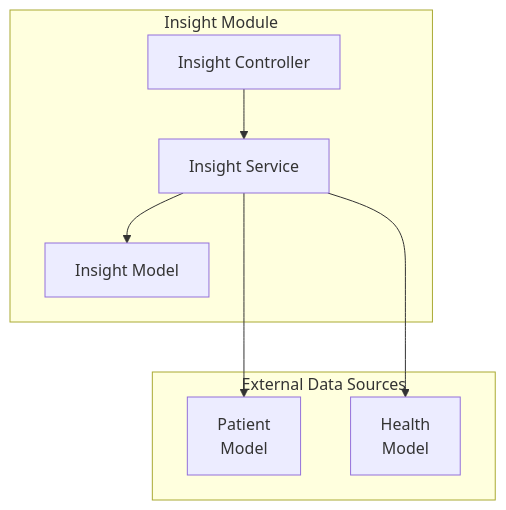
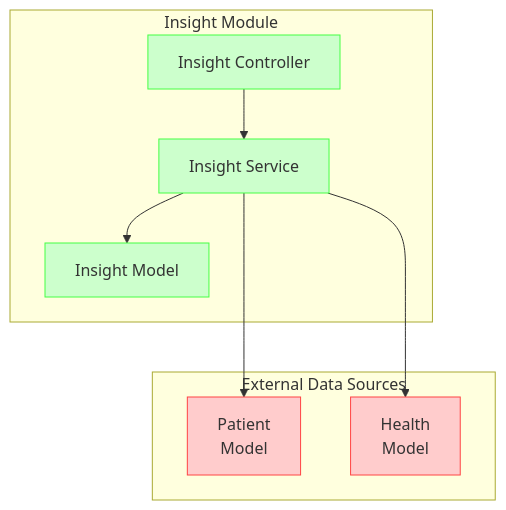
One commit to kelvin-bz/nestjs-mongooes-multiple-database changed the first of 2 diagrams in README.md. Above: the diagram before and after it, drawn with Mermaid. The commit also changed other lines of this file and 12 other files, not shown here.

````diff
--- a/README.md
+++ b/README.md
@@ -7,19 +7,24 @@
 ```mermaid
-flowchart TD 
-    subgraph "External Data Sources"
+flowchart TD
+    subgraph "External Data Sources" ["External Data Sources"]
         PatientModel["Patient \n Model"]
+        style PatientModel fill:#ffcccc,stroke:#ff4444,stroke-width:1px;
         HealthModel["Health \n Model"]
+        style HealthModel fill:#ffcccc,stroke:#ff4444,stroke-width:1px;
     end
 
-    subgraph "Insight Module"
+    subgraph "Insight Module" ["Insight Module"]
         InsightService["Insight Service"]
-        InsightModel["Insight  Model"]
+        style InsightService fill:#ccffcc,stroke:#44ff44,stroke-width:1px;
+        InsightModel["Insight Model"]
+        style InsightModel fill:#ccffcc,stroke:#44ff44,stroke-width:1px;
         InsightService --> InsightModel
-        InsightController["Insight Controller"] --> InsightService
+        InsightController["Insight Controller"]
+        style InsightController fill:#ccffcc,stroke:#44ff44,stroke-width:1px;
+        InsightController --> InsightService
     end
 
-  
     InsightService ---> PatientModel
     InsightService ---> HealthModel
 
 ```
````
